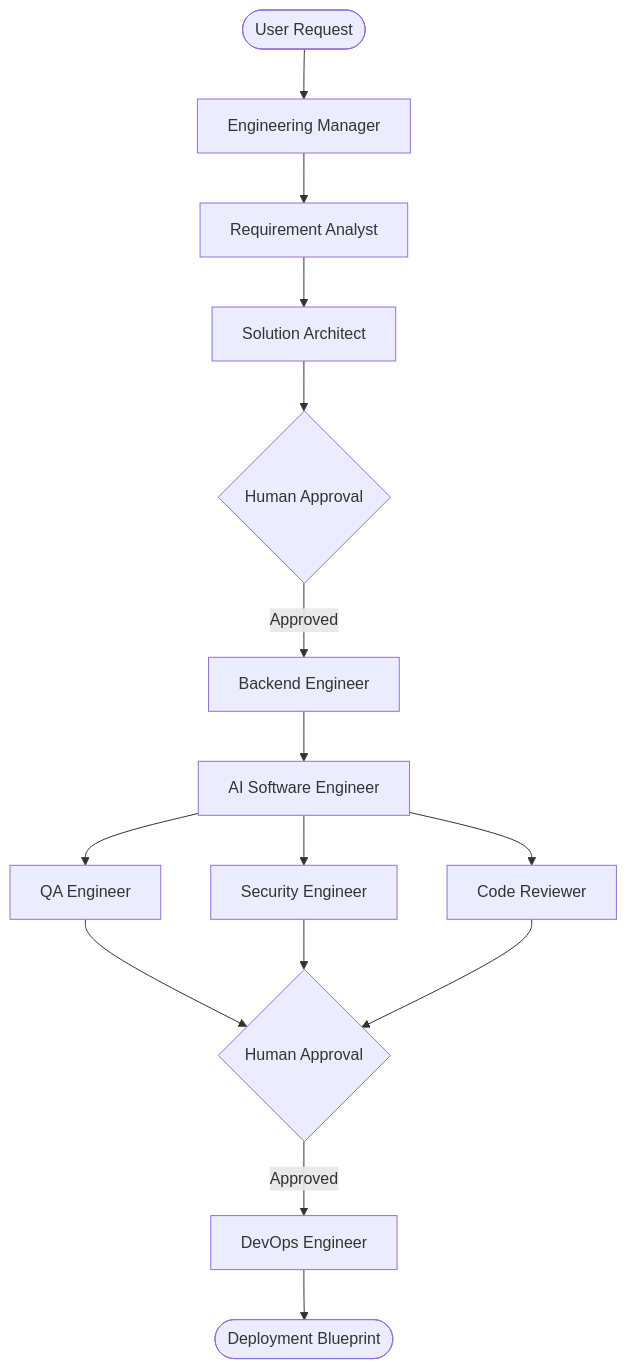
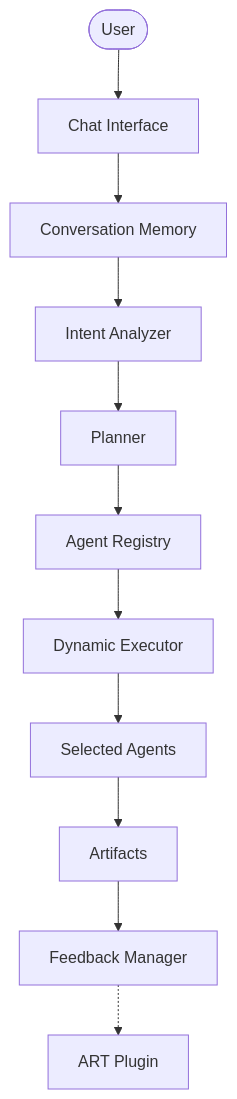
One commit to gunabh25/forge-ai-langgraph changed the diagram in README.md. Above: the diagram before and after it, drawn with Mermaid. The commit also changed other lines of this file, not shown here.

Commit message:
docs: update README to reflect v2 architecture shift to dynamic Agentic AI platform

````diff
--- a/README.md
+++ b/README.md
@@ -13,15 +29,13 @@
 ```mermaid
 graph TD
-    User([User Request]) --> EM[Engineering Manager]
-    EM --> RA[Requirement Analyst]
-    RA --> SA[Solution Architect]
-    SA --> HA1{Human Approval}
-    HA1 -- Approved --> BE[Backend Engineer]
-    BE --> SE[AI Software Engineer]
-    SE --> QA[QA Engineer]
-    SE --> SEC[Security Engineer]
-    SE --> CR[Code Reviewer]
-    QA & SEC & CR --> HA2{Human Approval}
-    HA2 -- Approved --> DE[DevOps Engineer]
-    DE --> DB([Deployment Blueprint])
+    User([User]) --> CI[Chat Interface]
+    CI --> CM[Conversation Memory]
+    CM --> IA[Intent Analyzer]
+    IA --> PL[Planner]
+    PL --> AR[Agent Registry]
+    AR --> DE[Dynamic Executor]
+    DE --> SA[Selected Agents]
+    SA --> ART[Artifacts]
+    ART --> FM[Feedback Manager]
+    FM -.-> ART_P[ART Plugin]
 ```
````
